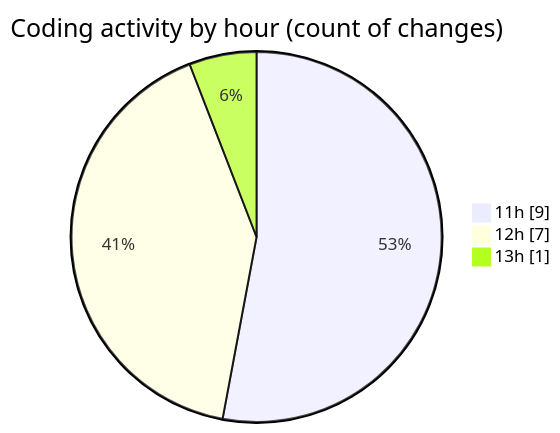
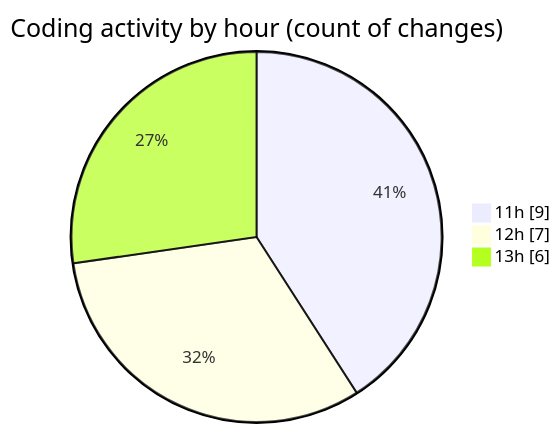
Before and after one commit to EIIisD/code-tracking: the second of 2 diagrams in 2025-08-07/ribbon/README.md, drawn with Mermaid. The commit also changed other lines of this file and 1 other file, not shown here.

````diff
--- a/2025-08-07/ribbon/README.md
+++ b/2025-08-07/ribbon/README.md
@@ -40,7 +42,7 @@
 ```mermaid
 pie showData
 title Coding activity by hour (count of changes)
 "11h" : 9
 "12h" : 7
-"13h" : 1
+"13h" : 6
 ```
````
